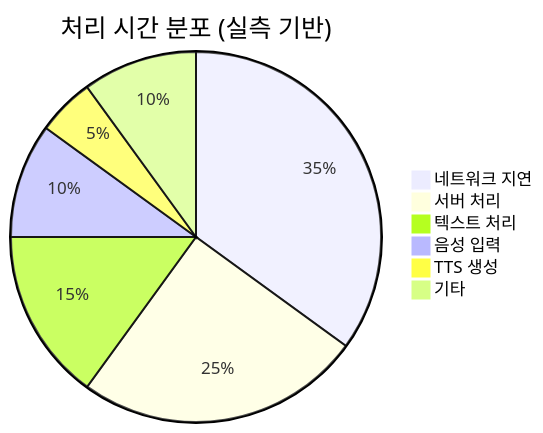
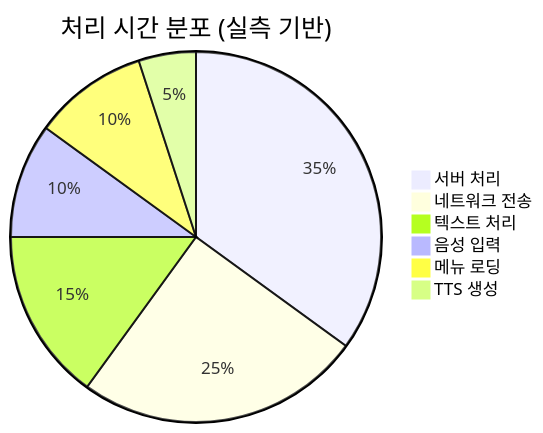
One commit to melpes/kiosk changed the sixth of 7 diagrams in architecture_diagrams.md. Above: the diagram before and after it, drawn with Mermaid.

Commit message:
Update architecture_diagrams.md
파이차트 수치수정

````diff
--- a/architecture_diagrams.md
+++ b/architecture_diagrams.md
@@ -219,9 +219,9 @@
 ```mermaid
 pie title 처리 시간 분포 (실측 기반)
-    "네트워크 지연" : 35
-    "서버 처리" : 25
+    "서버 처리" : 35
+    "네트워크 전송" : 25
     "텍스트 처리" : 15
     "음성 입력" : 10
+    "메뉴 로딩" : 10
     "TTS 생성" : 5
-    "기타" : 10
 ```
````
